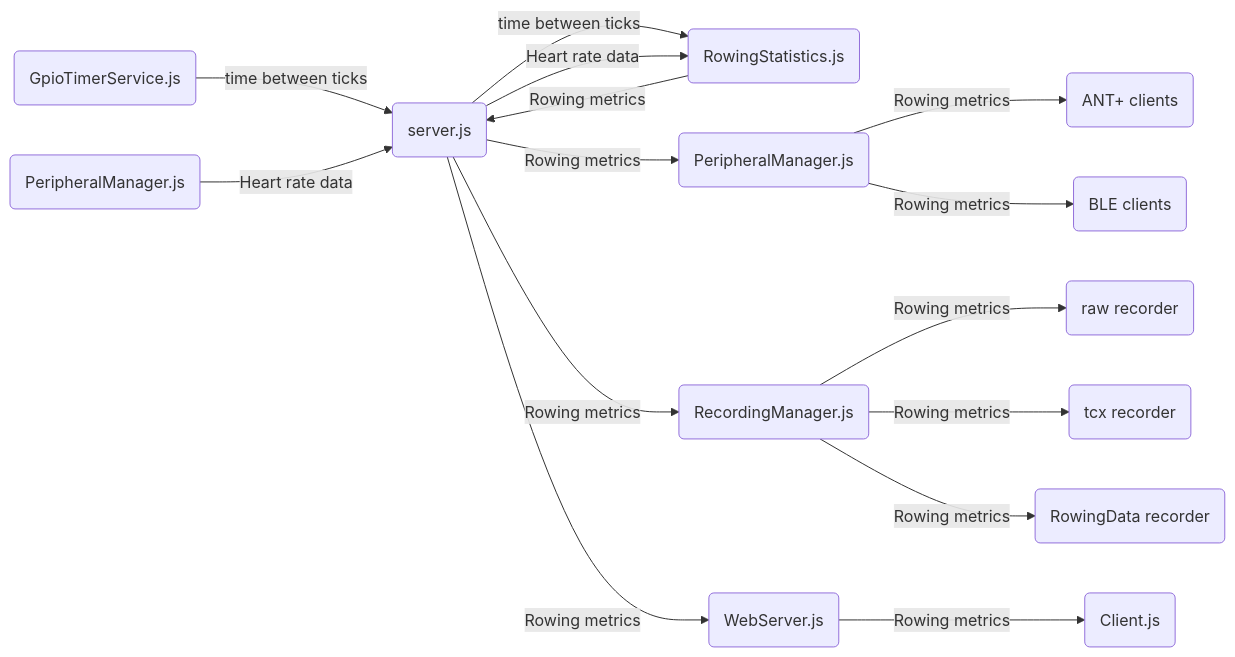
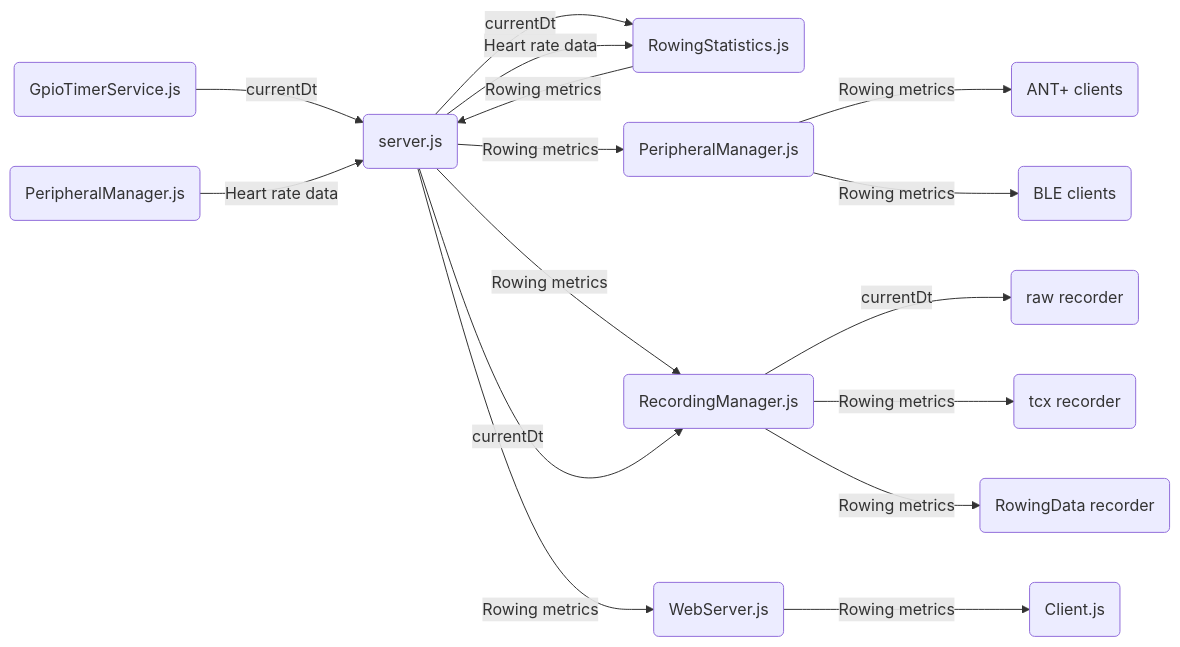
One commit to laberning/openrowingmonitor changed the first of 5 diagrams in docs/Architecture.md. Above: the diagram before and after it, drawn with Mermaid. The commit also changed other lines of this file, not shown here.

Commit message:
Consolidation of terminology

````diff
--- a/docs/Architecture.md
+++ b/docs/Architecture.md
@@ -20,17 +20,18 @@
 ```mermaid
 flowchart LR
-A(GpioTimerService.js) -->|time between ticks| B(server.js)
-B(server.js) -->|time between ticks| D(RowingStatistics.js)
+A(GpioTimerService.js) -->|currentDt| B(server.js)
+B(server.js) -->|currentDt| D(RowingStatistics.js)
 D(RowingStatistics.js) -->|Rowing metrics| B(server.js)
 C(PeripheralManager.js) -->|Heart rate data| B(server.js)
 B(server.js) -->|Heart rate data| D(RowingStatistics.js)
 B(server.js) -->|Rowing metrics| E(PeripheralManager.js)
 E(PeripheralManager.js) -->|Rowing metrics| F(ANT+ clients)
 E(PeripheralManager.js) -->|Rowing metrics| G(BLE clients)
 B(server.js) -->|Rowing metrics| H(RecordingManager.js)
-H(RecordingManager.js) -->|Rowing metrics| I(raw recorder)
+B(server.js) -->|currentDt| H(RecordingManager.js)
+H(RecordingManager.js) -->|currentDt| I(raw recorder)
 H(RecordingManager.js) -->|Rowing metrics| J(tcx recorder)
 H(RecordingManager.js) -->|Rowing metrics| K(RowingData recorder)
 B(server.js) -->|Rowing metrics| L(WebServer.js)
 L(WebServer.js) -->|Rowing metrics| M(Client.js)
 ```
````
